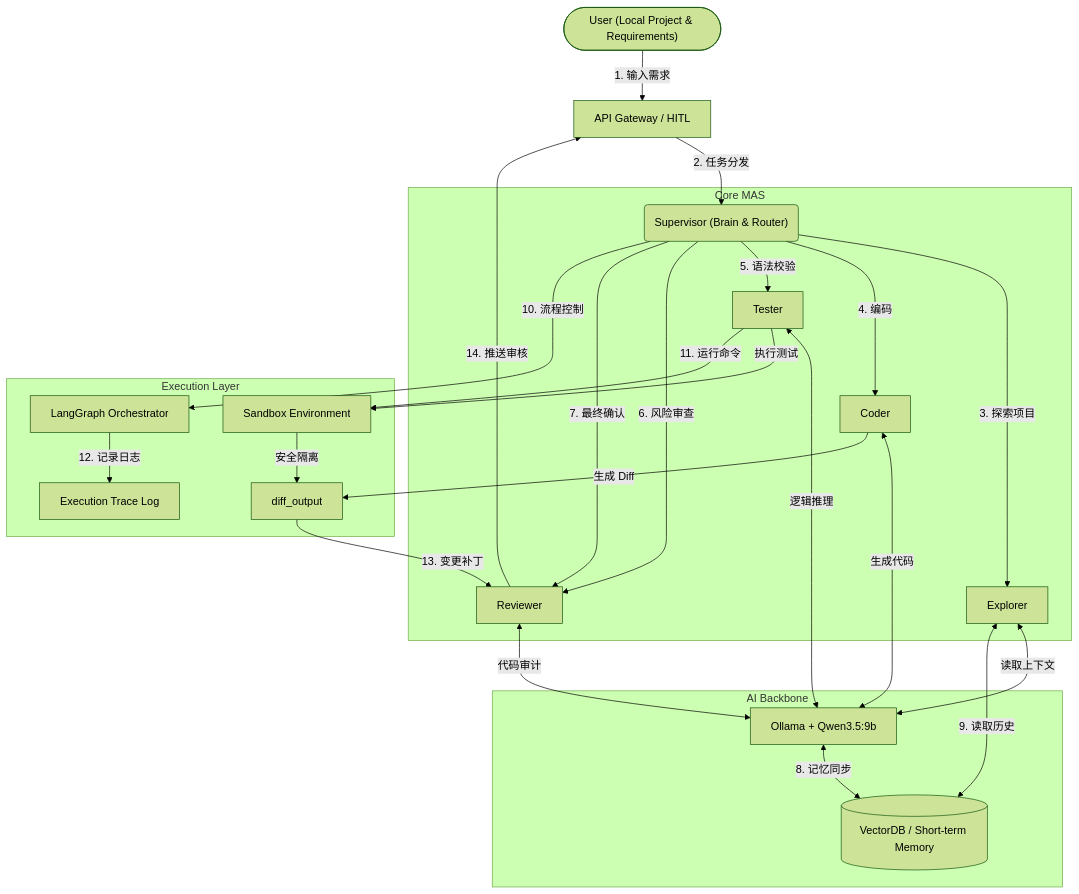
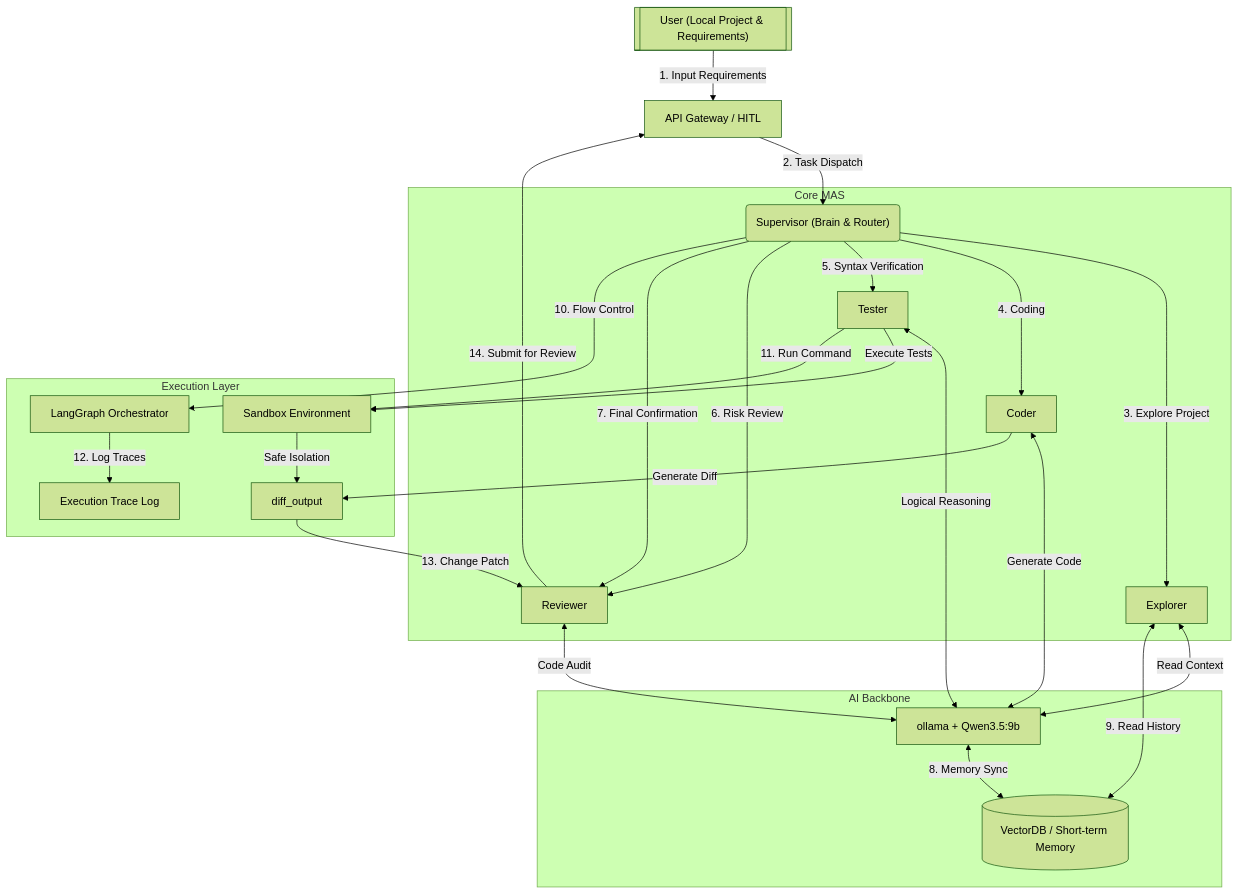
The diagram in README.md (lunardust-hub/Local-multi-agent-code-generation-system), drawn with Mermaid (forest theme) before and after one commit.

Commit message:
Update system architecture diagram labels

````diff
--- a/README.md
+++ b/README.md
@@ -78,35 +78,35 @@
 ```mermaid
 flowchart TD
-    User(["User (Local Project & Requirements)"]) --> |1. 输入需求 | Gateway
-    Gateway["API Gateway / HITL"] --> |2. 任务分发| Supervisor
-    
+    User[["User (Local Project & Requirements)"]] --> |1. Input Requirements| Gateway
+    Gateway["API Gateway / HITL"] --> |2. Task Dispatch| Supervisor
+
     subgraph Core MAS
-        Supervisor("Supervisor (Brain & Router)") --> |3. 探索项目| Explorer
-        Supervisor --> |4. 编码 | Coder
-        Supervisor --> |5. 语法校验| Tester
-        Supervisor --> |6. 风险审查| Reviewer
-        Supervisor --> |7. 最终确认| Reviewer
+        Supervisor("Supervisor (Brain & Router)") --> |3. Explore Project| Explorer
+        Supervisor --> |4. Coding| Coder
+        Supervisor --> |5. Syntax Verification| Tester
+        Supervisor --> |6. Risk Review| Reviewer
+        Supervisor --> |7. Final Confirmation| Reviewer
     end
 
     subgraph AI Backbone
-        Explorer <--> |读取上下文| Ollama["Ollama + Qwen3.5:9b"]
-        Coder <--> |生成代码| Ollama
-        Tester <--> |逻辑推理| Ollama
-        Reviewer <--> |代码审计| Ollama
-        
-        Ollama <--> |8. 记忆同步| MemoryDB[("VectorDB / Short-term Memory")]
-        MemoryDB <--> |9. 读取历史| Explorer
+        Explorer <--> |Read Context| Ollama["ollama + Qwen3.5:9b"]
+        Coder <--> |Generate Code| Ollama
+        Tester <--> |Logical Reasoning| Ollama
+        Reviewer <--> |Code Audit| Ollama
+
+        Ollama <--> |8. Memory Sync| MemoryDB[("VectorDB / Short-term Memory")]
+        MemoryDB <--> |9. Read History| Explorer
     end
 
     subgraph Execution Layer
-        Supervisor --> |10. 流程控制| LangGraph["LangGraph Orchestrator"]
-        Coder --> |生成 Diff| DiffOutput["diff_output"]
-        Tester --> |执行测试| RunCommand["Sandbox Environment"]
-        Tester --> |11. 运行命令| RunCommand
-        LangGraph --> |12. 记录日志| TraceLog["Execution Trace Log"]
+        Supervisor --> |10. Flow Control| LangGraph["LangGraph Orchestrator"]
+        Coder --> |Generate Diff| DiffOutput["diff_output"]
+        Tester --> |Execute Tests| RunCommand["Sandbox Environment"]
+        Tester --> |11. Run Command| RunCommand
+        LangGraph --> |12. Log Traces| TraceLog["Execution Trace Log"]
     end
 
-    RunCommand --> |安全隔离| DiffOutput
-    DiffOutput --> |13. 变更补丁| Reviewer
-    Reviewer --> |14. 推送审核| Gateway
+    RunCommand --> |Safe Isolation| DiffOutput
+    DiffOutput --> |13. Change Patch| Reviewer
+    Reviewer --> |14. Submit for Review| Gateway
 ```
````
